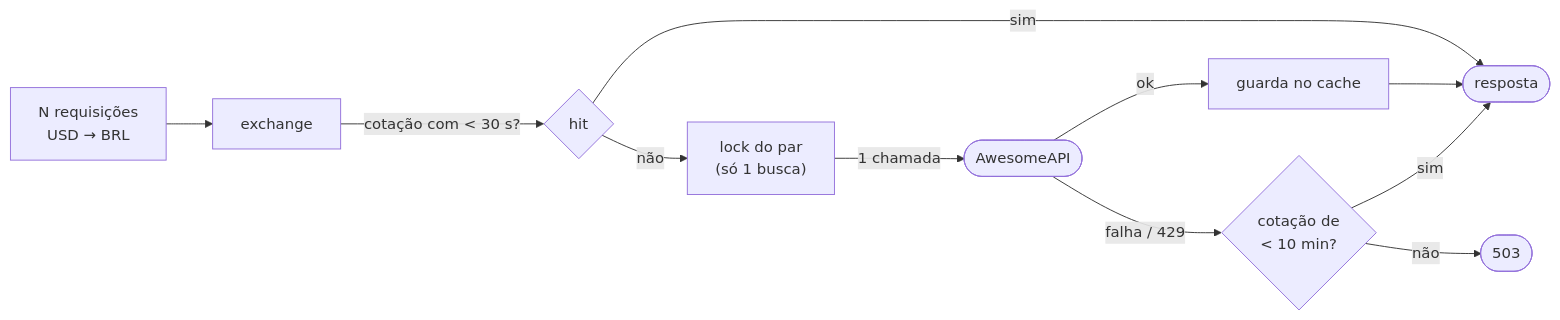
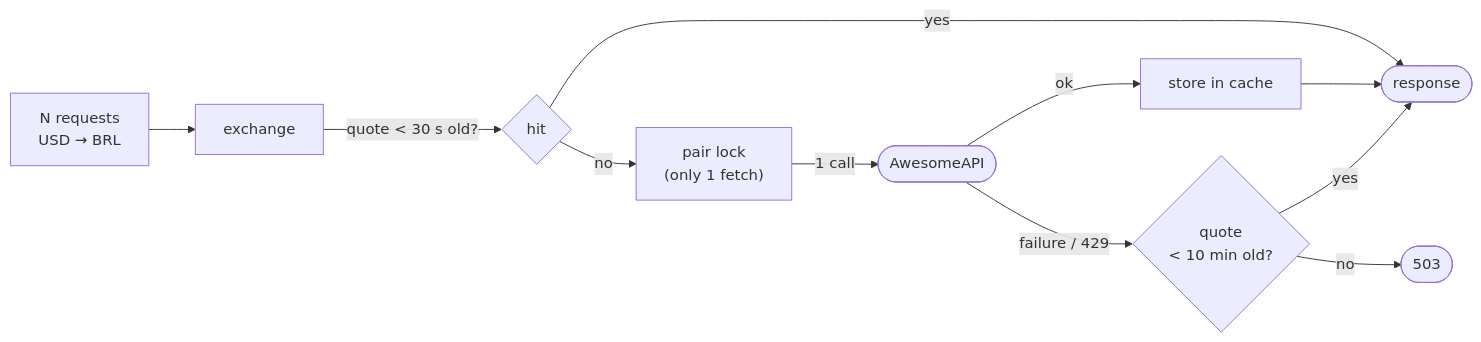
Before and after one commit to pna26/platform: the diagram in docs/bottlenecks/exchange-cache.md, drawn with Mermaid. The commit also changed other lines of this file and 55 other files, not shown here.

````diff
--- a/docs/bottlenecks/exchange-cache.md
+++ b/docs/bottlenecks/exchange-cache.md
@@ -28,12 +28,12 @@
 ``` mermaid
 flowchart LR
-    r["N requisições<br/>USD → BRL"] --> ex[exchange]
-    ex -->|"cotação com &lt; 30 s?"| hit{hit}
-    hit -->|sim| resp([resposta])
-    hit -->|não| lock["lock do par<br/>(só 1 busca)"]
-    lock -->|"1 chamada"| api([AwesomeAPI])
-    api -->|ok| save["guarda no cache"] --> resp
-    api -->|"falha / 429"| stale{"cotação de<br/>&lt; 10 min?"}
-    stale -->|sim| resp
-    stale -->|não| e503([503])
+    r["N requests<br/>USD → BRL"] --> ex[exchange]
+    ex -->|"quote &lt; 30 s old?"| hit{hit}
+    hit -->|yes| resp([response])
+    hit -->|no| lock["pair lock<br/>(only 1 fetch)"]
+    lock -->|"1 call"| api([AwesomeAPI])
+    api -->|ok| save["store in cache"] --> resp
+    api -->|"failure / 429"| stale{"quote<br/>&lt; 10 min old?"}
+    stale -->|yes| resp
+    stale -->|no| e503([503])
 ```
````
